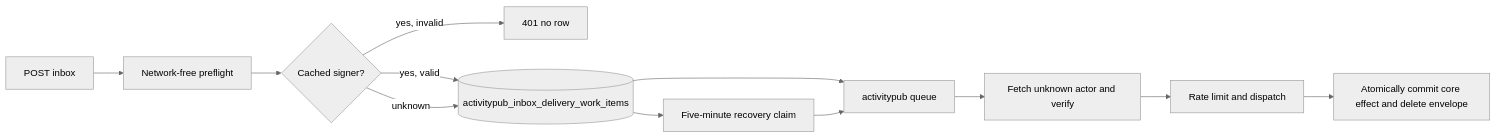
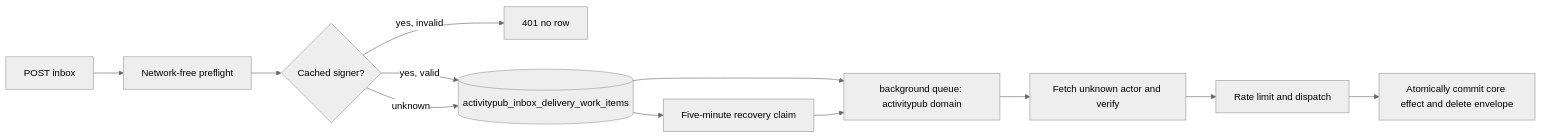
Before and after one commit to vouchington/vouchington: the diagram in docs/requirements/api/activitypub/README.md, drawn with Mermaid (neutral theme). The commit also changed 161 other files, not shown here.

First line of the commit message:
feat(queues): move notifications, activitypub and follower-distribution queues into background

````diff
--- a/docs/requirements/api/activitypub/README.md
+++ b/docs/requirements/api/activitypub/README.md
@@ -89,14 +89,14 @@
   ```mermaid
   flowchart LR
     R[POST inbox] --> P[Network-free preflight]
     P --> C{Cached signer?}
     C -->|yes, invalid| X401[401 no row]
     C -->|yes, valid| D[(activitypub_inbox_delivery_work_items)]
     C -->|unknown| D
-    D --> Q[activitypub queue]
+    D --> Q[background queue: activitypub domain]
     Q --> V[Fetch unknown actor and verify]
     V --> A[Rate limit and dispatch]
     A --> X[Atomically commit core effect and delete envelope]
     D --> Rec[Five-minute recovery claim]
     Rec --> Q
   ```
````
